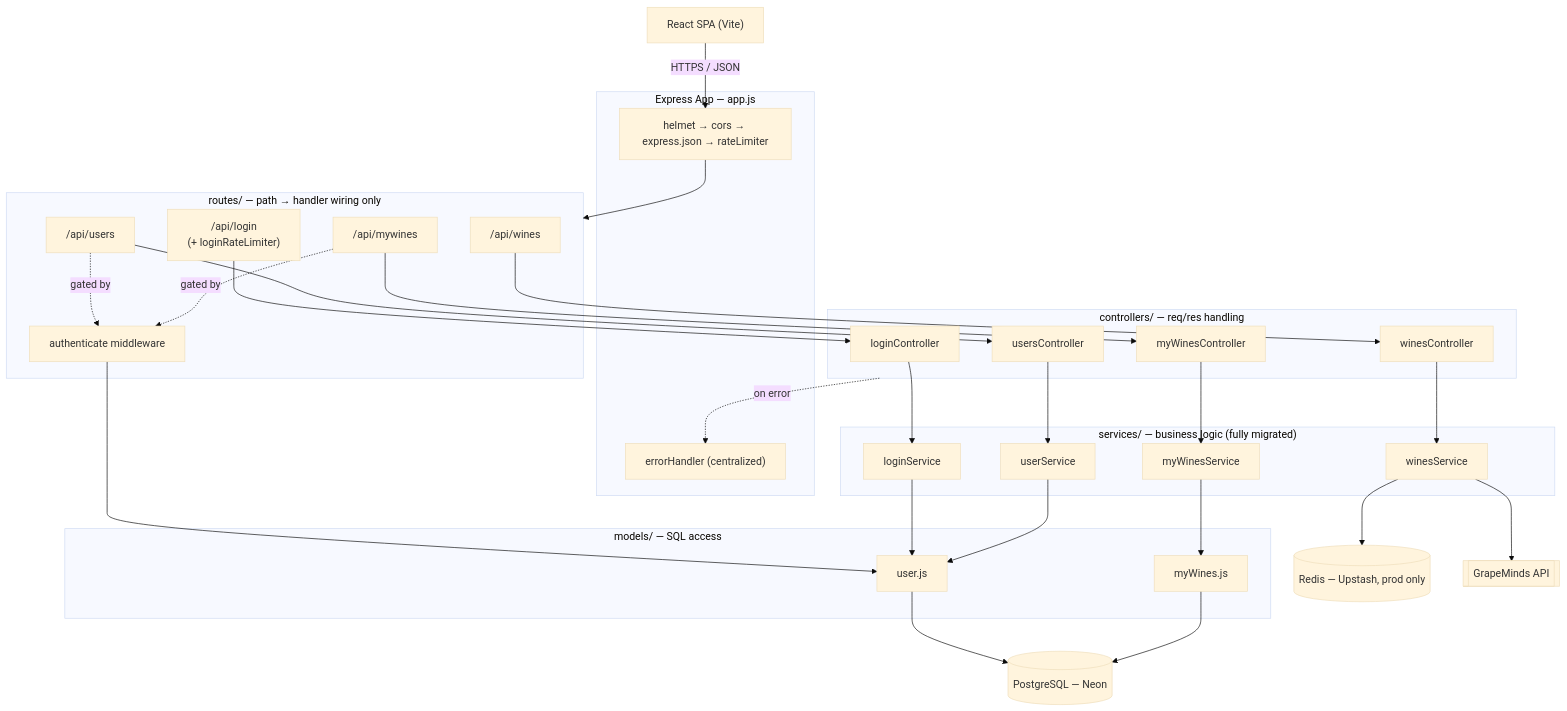
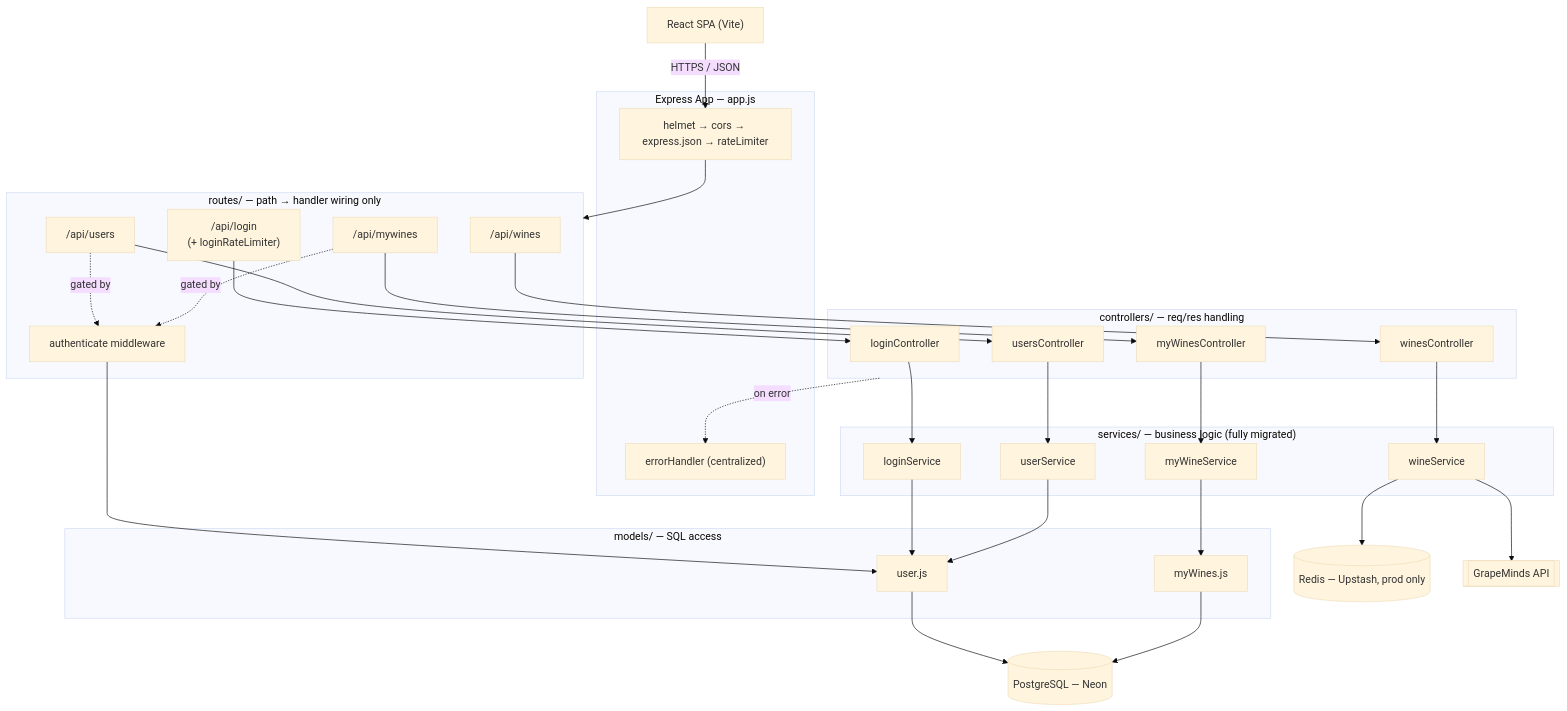
The second of 7 diagrams in back/README.md (vsvala/KnowWine-AI), drawn with Mermaid (base theme) before and after one commit. The commit also changed other lines of this file and 3 other files, not shown here.

````diff
--- a/back/README.md
+++ b/back/README.md
@@ -94,58 +94,58 @@
 ```mermaid
 flowchart TB
     FE["React SPA (Vite)"]
 
     subgraph App["Express App — app.js"]
         MW["helmet → cors → express.json → rateLimiter"]
         ErrH["errorHandler (centralized)"]
     end
 
     subgraph Routes["routes/ — path → handler wiring only"]
         RLogin["/api/login\n(+ loginRateLimiter)"]
         RUsers["/api/users"]
         RMyWines["/api/mywines"]
         RWines["/api/wines"]
         Auth["authenticate middleware"]
     end
 
     subgraph Controllers["controllers/ — req/res handling"]
         LoginC["loginController"]
         UsersC["usersController"]
         MyWinesC["myWinesController"]
         WinesC["winesController"]
     end
 
     subgraph Services["services/ — business logic (fully migrated)"]
         LoginSvc["loginService"]
         UserSvc["userService"]
-        MyWinesSvc["myWinesService"]
-        WinesSvc["winesService"]
+        MyWinesSvc["myWineService"]
+        WinesSvc["wineService"]
     end
 
     subgraph Models["models/ — SQL access"]
         UserModel["user.js"]
         MyWinesModel["myWines.js"]
     end
 
     PG[("PostgreSQL — Neon")]
     RD[("Redis — Upstash, prod only")]
     GM[["GrapeMinds API"]]
 
     FE -->|HTTPS / JSON| MW --> Routes
 
     RUsers -.gated by.-> Auth
     RMyWines -.gated by.-> Auth
     Auth --> UserModel
 
     RLogin --> LoginC --> LoginSvc --> UserModel
     RUsers --> UsersC --> UserSvc --> UserModel
     RMyWines --> MyWinesC --> MyWinesSvc --> MyWinesModel
     RWines --> WinesC --> WinesSvc
 
     UserModel --> PG
     MyWinesModel --> PG
     WinesSvc --> RD
     WinesSvc --> GM
 
     Controllers -. on error .-> ErrH
 ```
````
